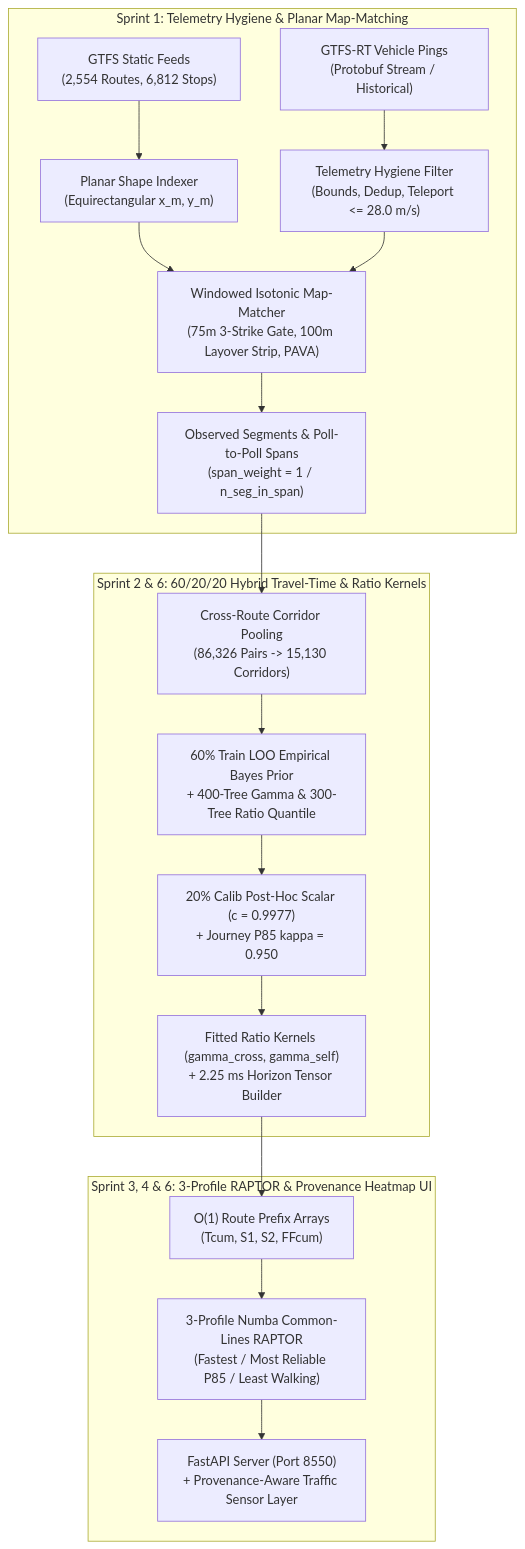
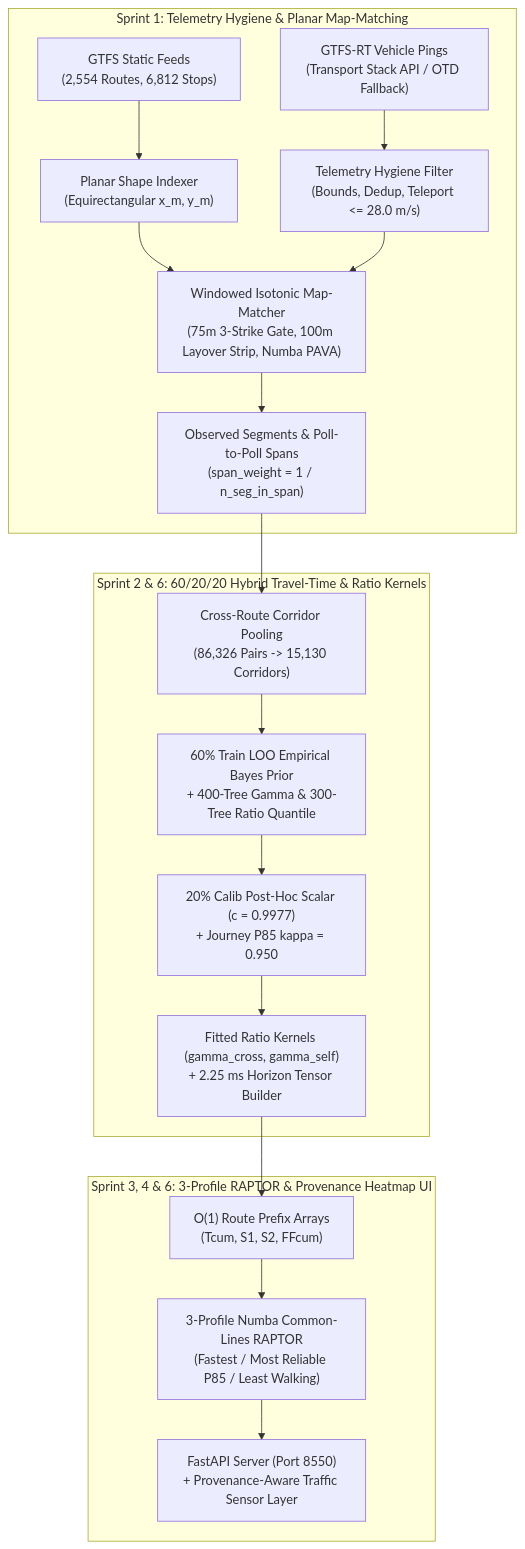
The diagram in README.md (anshux1098/Delhi-Bus-Route), drawn with Mermaid before and after one commit. The commit also changed other lines of this file and 2 other files, not shown here.

Commit message:
Update README with visual screenshots and architecture assets

````diff
--- a/README.md
+++ b/README.md
@@ -46,22 +75,22 @@
 ```mermaid
 flowchart TD
     subgraph S1["Sprint 1: Telemetry Hygiene & Planar Map-Matching"]
         A["GTFS Static Feeds\n(2,554 Routes, 6,812 Stops)"] --> B["Planar Shape Indexer\n(Equirectangular x_m, y_m)"]
-        C["GTFS-RT Vehicle Pings\n(Protobuf Stream / Historical)"] --> D["Telemetry Hygiene Filter\n(Bounds, Dedup, Teleport <= 28.0 m/s)"]
-        B & D --> E["Windowed Isotonic Map-Matcher\n(75m 3-Strike Gate, 100m Layover Strip, PAVA)"]
+        C["GTFS-RT Vehicle Pings\n(Transport Stack API / OTD Fallback)"] --> D["Telemetry Hygiene Filter\n(Bounds, Dedup, Teleport <= 28.0 m/s)"]
+        B & D --> E["Windowed Isotonic Map-Matcher\n(75m 3-Strike Gate, 100m Layover Strip, Numba PAVA)"]
         E --> F["Observed Segments & Poll-to-Poll Spans\n(span_weight = 1 / n_seg_in_span)"]
     end
 
     subgraph S2["Sprint 2 & 6: 60/20/20 Hybrid Travel-Time & Ratio Kernels"]
         F --> G["Cross-Route Corridor Pooling\n(86,326 Pairs -> 15,130 Corridors)"]
         G --> H["60% Train LOO Empirical Bayes Prior\n+ 400-Tree Gamma & 300-Tree Ratio Quantile"]
         H --> I["20% Calib Post-Hoc Scalar (c = 0.9977)\n+ Journey P85 kappa = 0.950"]
         I --> J["Fitted Ratio Kernels (gamma_cross, gamma_self)\n+ 2.25 ms Horizon Tensor Builder"]
     end
 
     subgraph S3["Sprint 3, 4 & 6: 3-Profile RAPTOR & Provenance Heatmap UI"]
         J --> K["O(1) Route Prefix Arrays\n(Tcum, S1, S2, FFcum)"]
         K --> L["3-Profile Numba Common-Lines RAPTOR\n(Fastest / Most Reliable P85 / Least Walking)"]
         L --> M["FastAPI Server (Port 8550)\n+ Provenance-Aware Traffic Sensor Layer"]
     end
 ```
````
